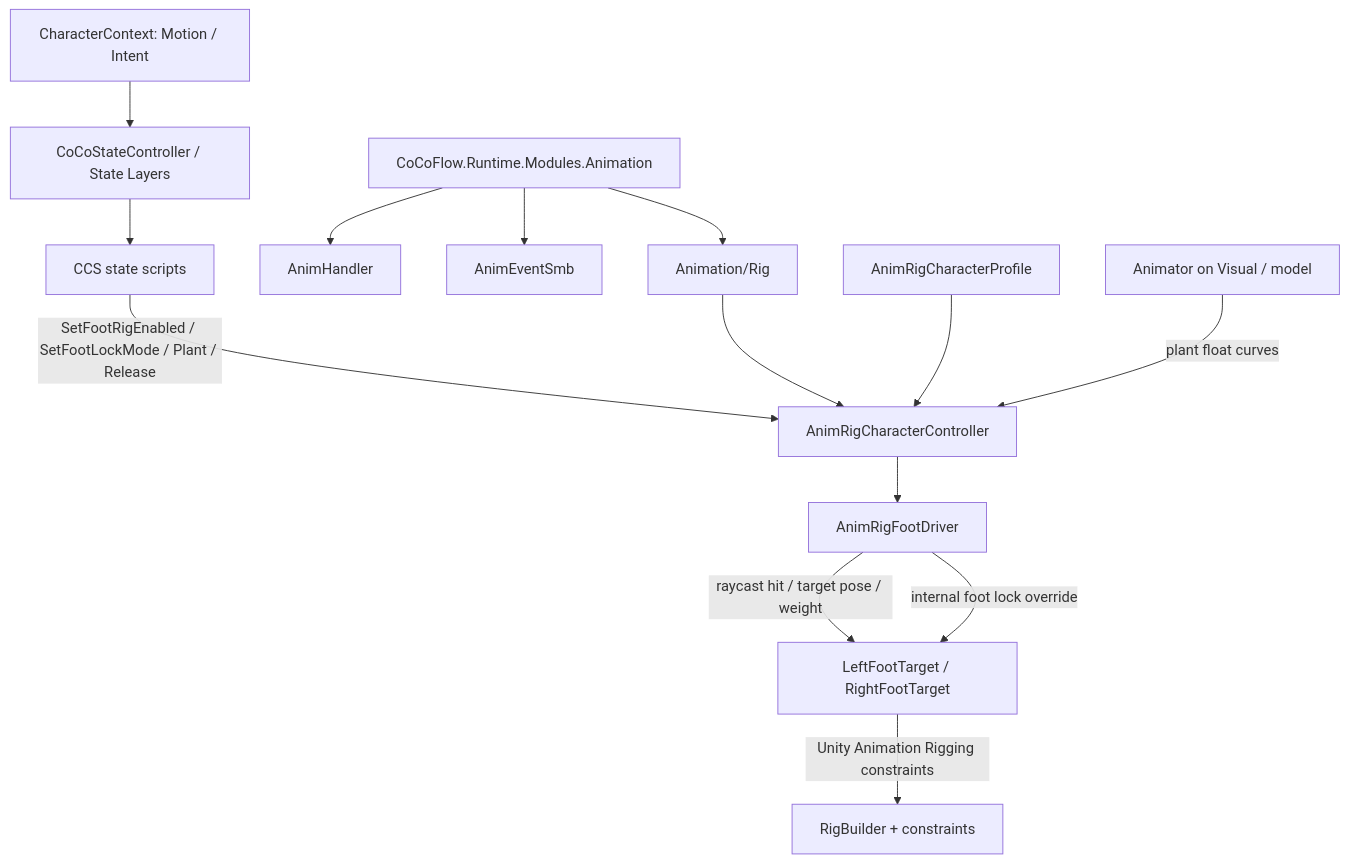
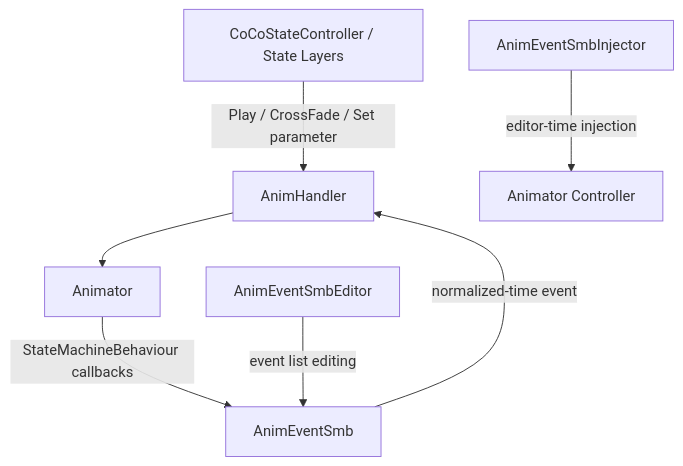
The diagram in Docs/Module-Animation.md (YunXEE/CoCoFlow), drawn with Mermaid before and after one commit. The commit also changed other lines of this file and 57 other files, not shown here.

````diff
--- a/Docs/Module-Animation.md
+++ b/Docs/Module-Animation.md
@@ -9,16 +11,9 @@
 ```mermaid
 flowchart TD
-  Context["CharacterContext: Motion / Intent"] --> State["CoCoStateController / State Layers"]
-  State --> CCS["CCS state scripts"]
-  CCS -->|"SetFootRigEnabled / SetFootLockMode / Plant / Release"| RigController["AnimRigCharacterController"]
-  Animation["CoCoFlow.Runtime.Modules.Animation"] --> AnimHandler["AnimHandler"]
-  Animation --> AnimEventSmb["AnimEventSmb"]
-  Animation --> Rig["Animation/Rig"]
-  Rig --> RigController
-  RigController --> FootDriver["AnimRigFootDriver"]
-  Profile["AnimRigCharacterProfile"] --> RigController
-  Animator["Animator on Visual / model"] -->|"plant float curves"| RigController
-  FootDriver -->|"raycast hit / target pose / weight"| Targets["LeftFootTarget / RightFootTarget"]
-  FootDriver -->|"internal foot lock override"| Targets
-  Targets -->|"Unity Animation Rigging constraints"| RigBuilder["RigBuilder + constraints"]
+  State["CoCoStateController / State Layers"] -->|"Play / CrossFade / Set parameter"| AnimHandler["AnimHandler"]
+  AnimHandler --> Animator["Animator"]
+  Animator -->|"StateMachineBehaviour callbacks"| AnimEventSmb["AnimEventSmb"]
+  AnimEventSmb -->|"normalized-time event"| AnimHandler
+  Injector["AnimEventSmbInjector"] -->|"editor-time injection"| AnimatorController["Animator Controller"]
+  Editor["AnimEventSmbEditor"] -->|"event list editing"| AnimEventSmb
 ```
````
